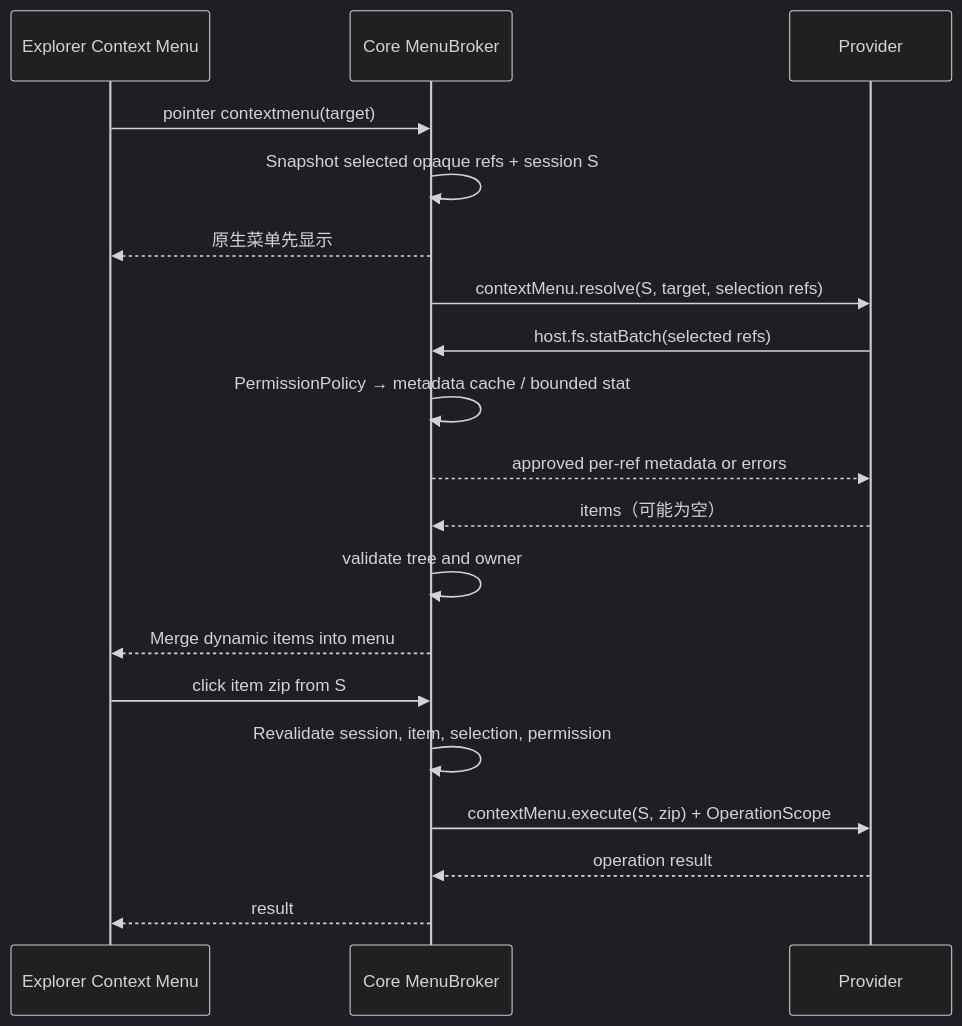
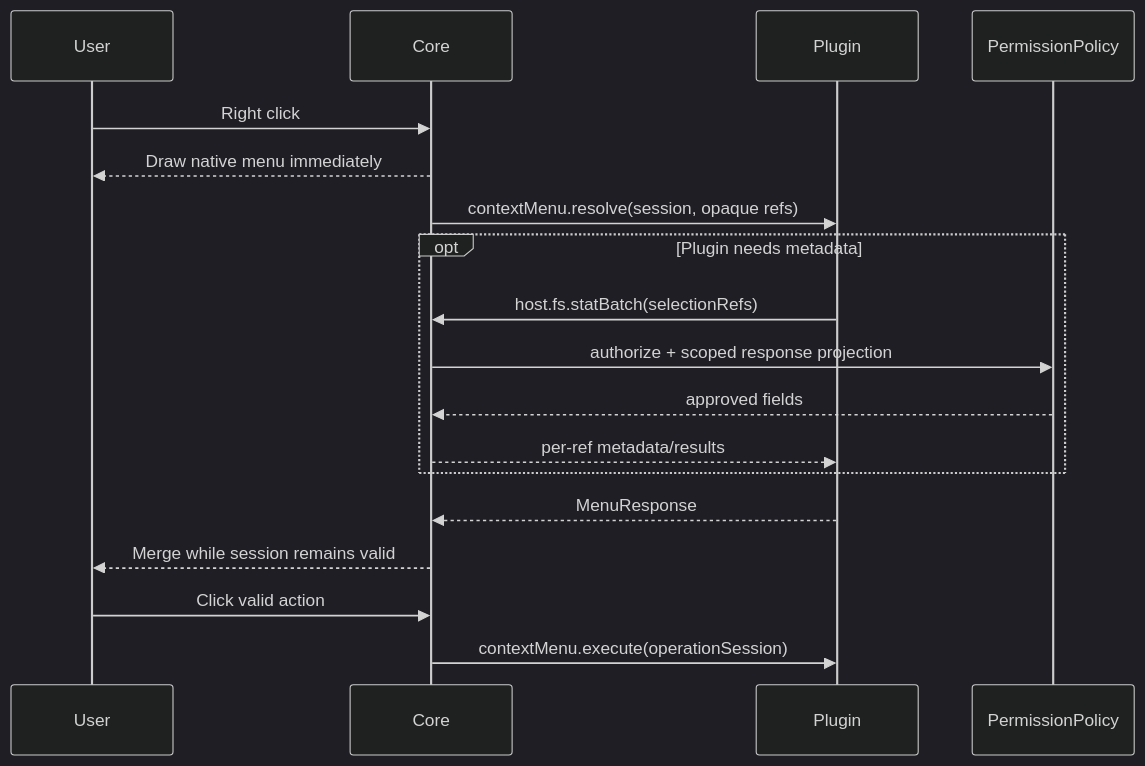
The diagram in docs/plugins/03-IPC-CATALOG.md (kevinhuang001/fiex), drawn with Mermaid (dark theme) before and after one commit. The commit also changed other lines of this file and 10 other files, not shown here.

````diff
--- a/docs/plugins/03-IPC-CATALOG.md
+++ b/docs/plugins/03-IPC-CATALOG.md
@@ -121,21 +102,20 @@
 ```mermaid
 sequenceDiagram
-  participant UI as Explorer Context Menu
-  participant C as Core MenuBroker
-  participant P as Provider
-  UI->>C: pointer contextmenu(target)
-  C->>C: Snapshot selected opaque refs + session S
-  C-->>UI: 原生菜单先显示
-  C->>P: contextMenu.resolve(S, target, selection refs)
-  P->>C: host.fs.statBatch(selected refs)
-  C->>C: PermissionPolicy → metadata cache / bounded stat
-  C-->>P: approved per-ref metadata or errors
-  P-->>C: items（可能为空）
-  C->>C: validate tree and owner
-  C-->>UI: Merge dynamic items into menu
-  UI->>C: click item zip from S
-  C->>C: Revalidate session, item, selection, permission
-  C->>P: contextMenu.execute(S, zip) + OperationScope
-  P-->>C: operation result
-  C-->>UI: result
+  participant U as User
+  participant C as Core
+  participant P as Plugin
+  participant A as PermissionPolicy
+  U->>C: Right click
+  C-->>U: Draw native menu immediately
+  C->>P: contextMenu.resolve(session, opaque refs)
+  opt Plugin needs metadata
+    P->>C: host.fs.statBatch(selectionRefs)
+    C->>A: authorize + scoped response projection
+    A-->>C: approved fields
+    C-->>P: per-ref metadata/results
+  end
+  P-->>C: MenuResponse
+  C-->>U: Merge while session remains valid
+  U->>C: Click valid action
+  C->>P: contextMenu.execute(operationSession)
 ```
````
